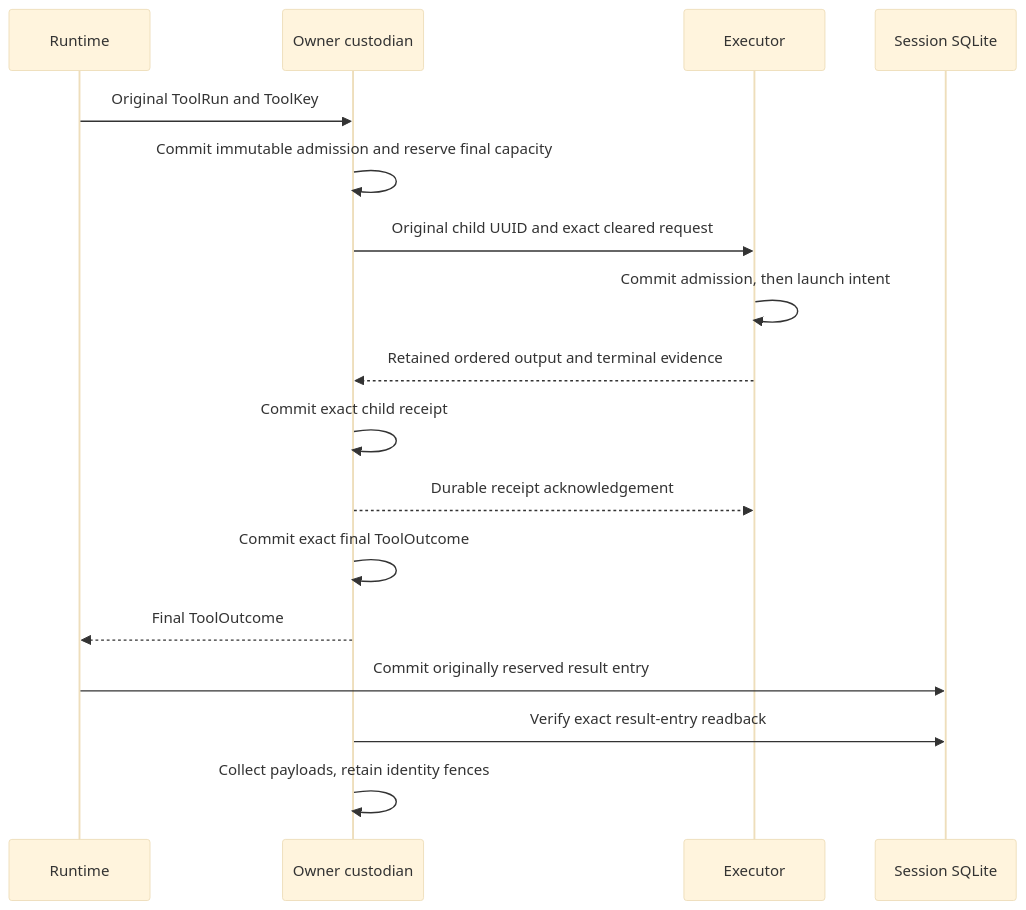
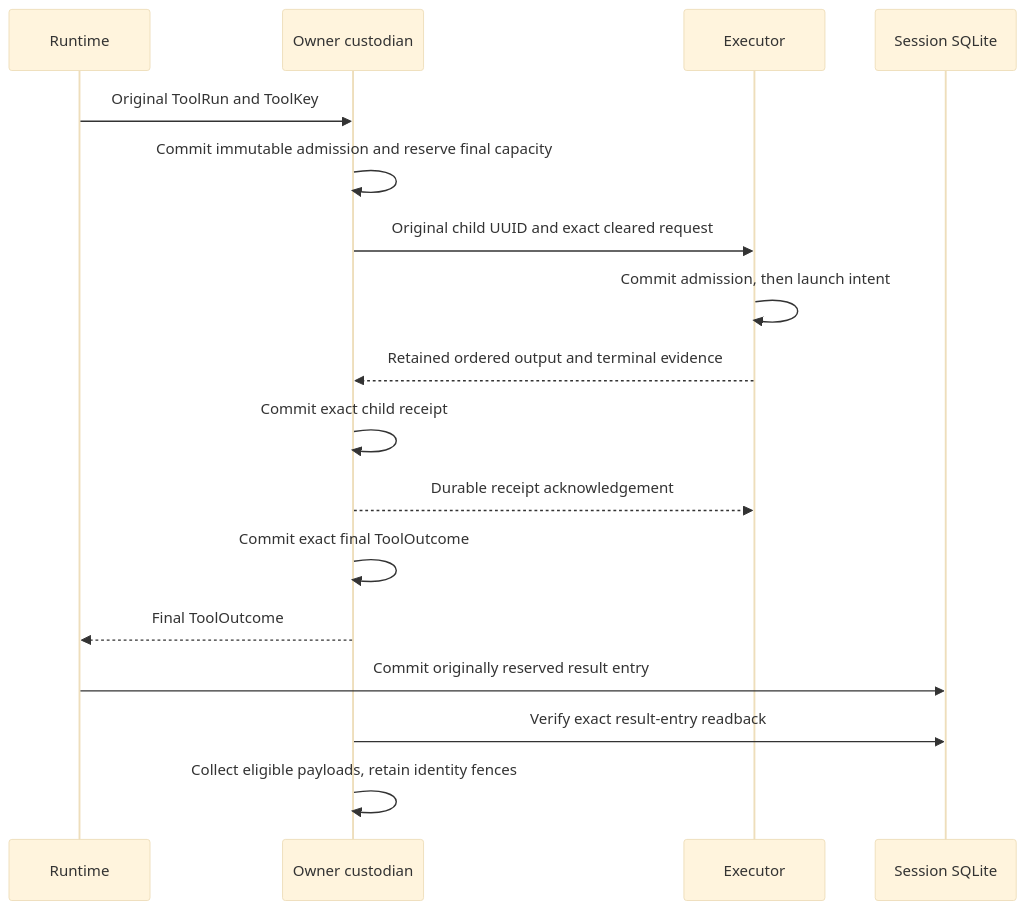
The diagram in docs/architecture/remote-custody.md (Roasbeef/loom), drawn with Mermaid (base theme) before and after one commit. The commit also changed other lines of this file and 2 other files, not shown here.

````diff
--- a/docs/architecture/remote-custody.md
+++ b/docs/architecture/remote-custody.md
@@ -43,19 +43,19 @@
 ```mermaid
 sequenceDiagram
     participant Runtime
     participant Owner as Owner custodian
     participant Executor
     participant Session as Session SQLite
     Runtime->>Owner: Original ToolRun and ToolKey
     Owner->>Owner: Commit immutable admission and reserve final capacity
     Owner->>Executor: Original child UUID and exact cleared request
     Executor->>Executor: Commit admission, then launch intent
     Executor-->>Owner: Retained ordered output and terminal evidence
     Owner->>Owner: Commit exact child receipt
     Owner-->>Executor: Durable receipt acknowledgement
     Owner->>Owner: Commit exact final ToolOutcome
     Owner-->>Runtime: Final ToolOutcome
     Runtime->>Session: Commit originally reserved result entry
     Owner->>Session: Verify exact result-entry readback
-    Owner->>Owner: Collect payloads, retain identity fences
+    Owner->>Owner: Collect eligible payloads, retain identity fences
 ```
````
